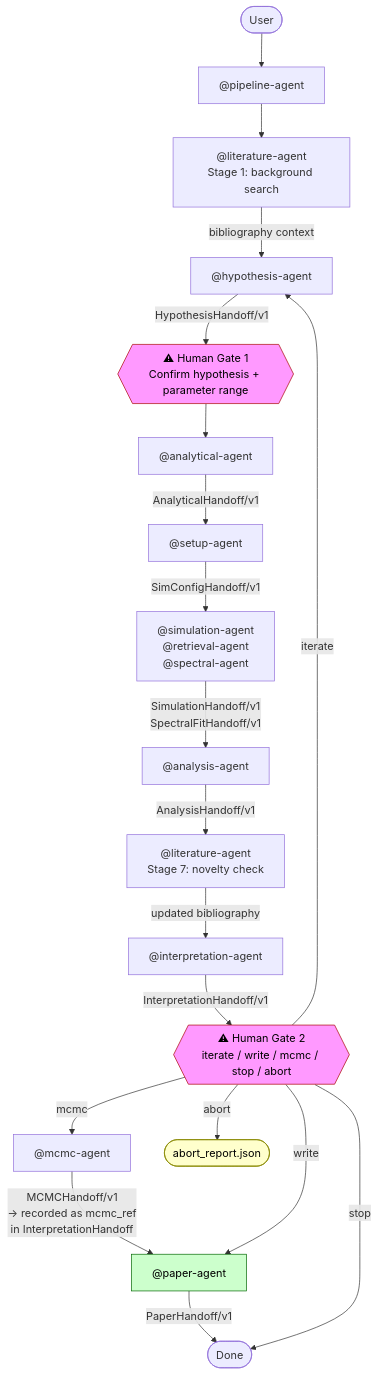
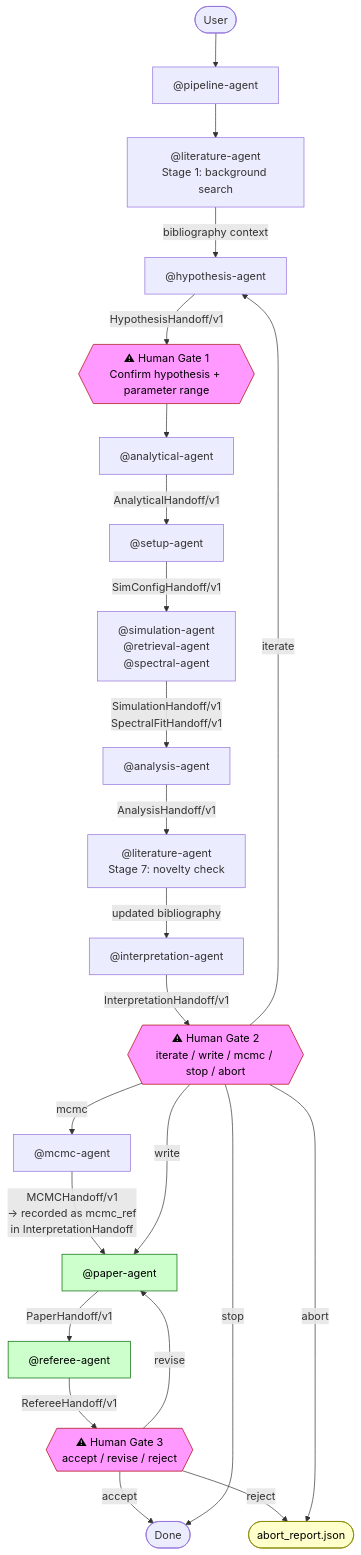
The first of 2 diagrams in ARCHITECTURE.md (GiovanniPicogna/lmu-usm-agent-template), drawn with Mermaid before and after one commit. The commit also changed other lines of this file and 4 other files, not shown here.

Commit message:
docs(referee): document referee-agent, Gate 3, and the revision loop

````diff
--- a/ARCHITECTURE.md
+++ b/ARCHITECTURE.md
@@ -42,26 +43,32 @@
 ```mermaid
 flowchart TD
     U([User]) --> P["@pipeline-agent"]
     P --> L1["@literature-agent\nStage 1: background search"]
     L1 -->|bibliography context| H["@hypothesis-agent"]
     H -->|HypothesisHandoff/v1| GATE1{{⚠ Human Gate 1\nConfirm hypothesis + parameter range}}
     GATE1 --> A["@analytical-agent"]
     A -->|AnalyticalHandoff/v1| S["@setup-agent"]
     S -->|SimConfigHandoff/v1| SIM["@simulation-agent\n@retrieval-agent\n@spectral-agent"]
     SIM -->|SimulationHandoff/v1\nSpectralFitHandoff/v1| AN["@analysis-agent"]
     AN -->|AnalysisHandoff/v1| L2["@literature-agent\nStage 7: novelty check"]
     L2 -->|updated bibliography| I["@interpretation-agent"]
     I -->|InterpretationHandoff/v1| GATE2{{⚠ Human Gate 2\niterate / write / mcmc / stop / abort}}
     GATE2 -->|iterate| H
     GATE2 -->|mcmc| MC["@mcmc-agent"]
     MC -->|"MCMCHandoff/v1\n→ recorded as mcmc_ref\nin InterpretationHandoff"| WR["@paper-agent"]
     GATE2 -->|write| WR
-    WR -->|PaperHandoff/v1| DONE([Done])
+    WR -->|PaperHandoff/v1| REF["@referee-agent"]
+    REF -->|RefereeHandoff/v1| GATE3{{⚠ Human Gate 3\naccept / revise / reject}}
+    GATE3 -->|accept| DONE([Done])
+    GATE3 -->|revise| WR
+    GATE3 -->|reject| AB([abort_report.json])
     GATE2 -->|stop| DONE
-    GATE2 -->|abort| AB([abort_report.json])
+    GATE2 -->|abort| AB
 
     style WR fill:#cfc,stroke:#060,color:#000
+    style REF fill:#cfc,stroke:#060,color:#000
     style GATE1 fill:#f9f,stroke:#a00,color:#000
     style GATE2 fill:#f9f,stroke:#a00,color:#000
+    style GATE3 fill:#f9f,stroke:#a00,color:#000
     style AB fill:#ffc,stroke:#880,color:#000
 ```
````
